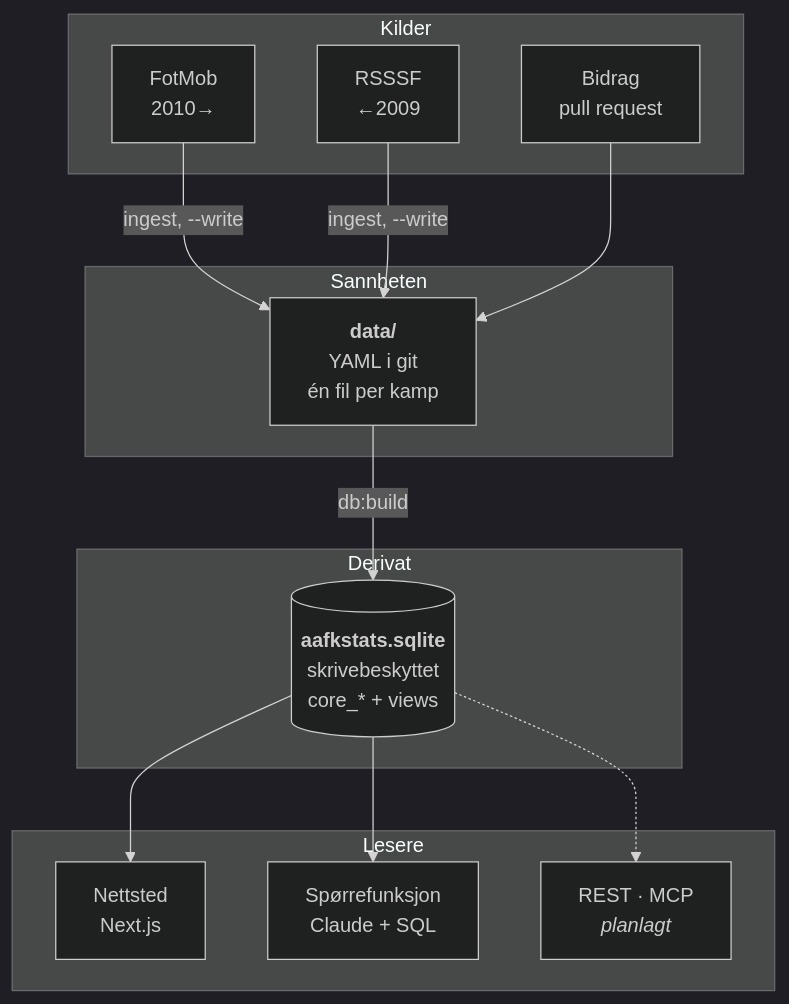
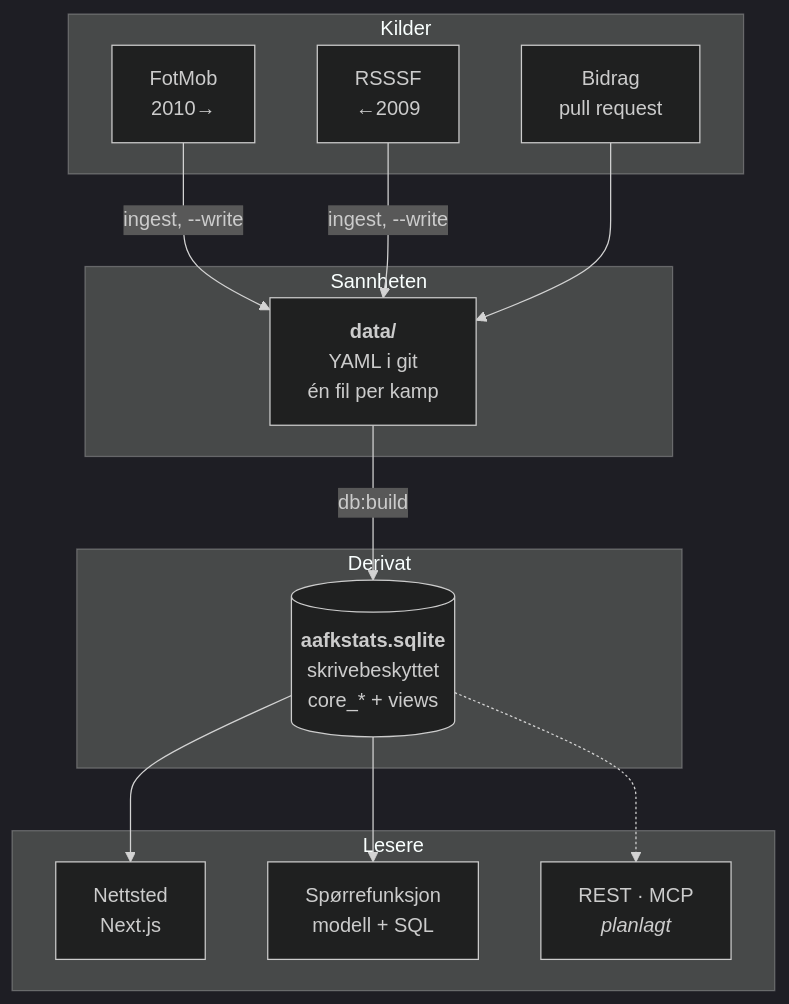
Before and after one commit to mlervaag/aafkstats: the first of 2 diagrams in docs/ARKITEKTUR.md, drawn with Mermaid (dark theme). The commit also changed other lines of this file and 16 other files, not shown here.

````diff
--- a/docs/ARKITEKTUR.md
+++ b/docs/ARKITEKTUR.md
@@ -19,30 +19,30 @@
 ```mermaid
 flowchart TB
   subgraph kilder["Kilder"]
     F["FotMob<br/>2010→"]
     R["RSSSF<br/>←2009"]
     B["Bidrag<br/>pull request"]
   end
 
   subgraph sannhet["Sannheten"]
     Y["<b>data/</b><br/>YAML i git<br/>én fil per kamp"]
   end
 
   subgraph derivat["Derivat"]
     S[("<b>aafkstats.sqlite</b><br/>skrivebeskyttet<br/>core_* + views")]
   end
 
   subgraph lesere["Lesere"]
     W["Nettsted<br/>Next.js"]
-    C["Spørrefunksjon<br/>Claude + SQL"]
+    C["Spørrefunksjon<br/>modell + SQL"]
     A["REST · MCP<br/><i>planlagt</i>"]
   end
 
   F -- "ingest, --write" --> Y
   R -- "ingest, --write" --> Y
   B --> Y
   Y -- "db:build" --> S
   S --> W
   S --> C
   S -.-> A
 ```
````
